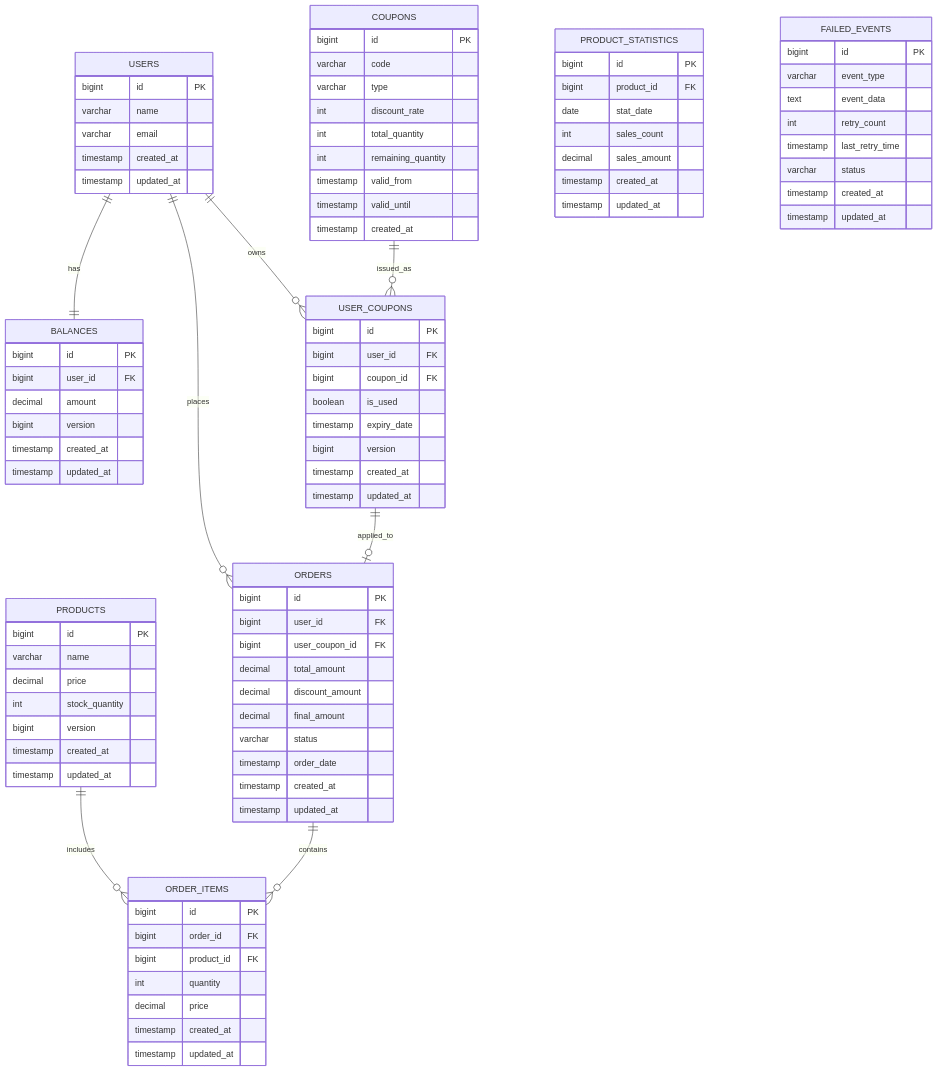
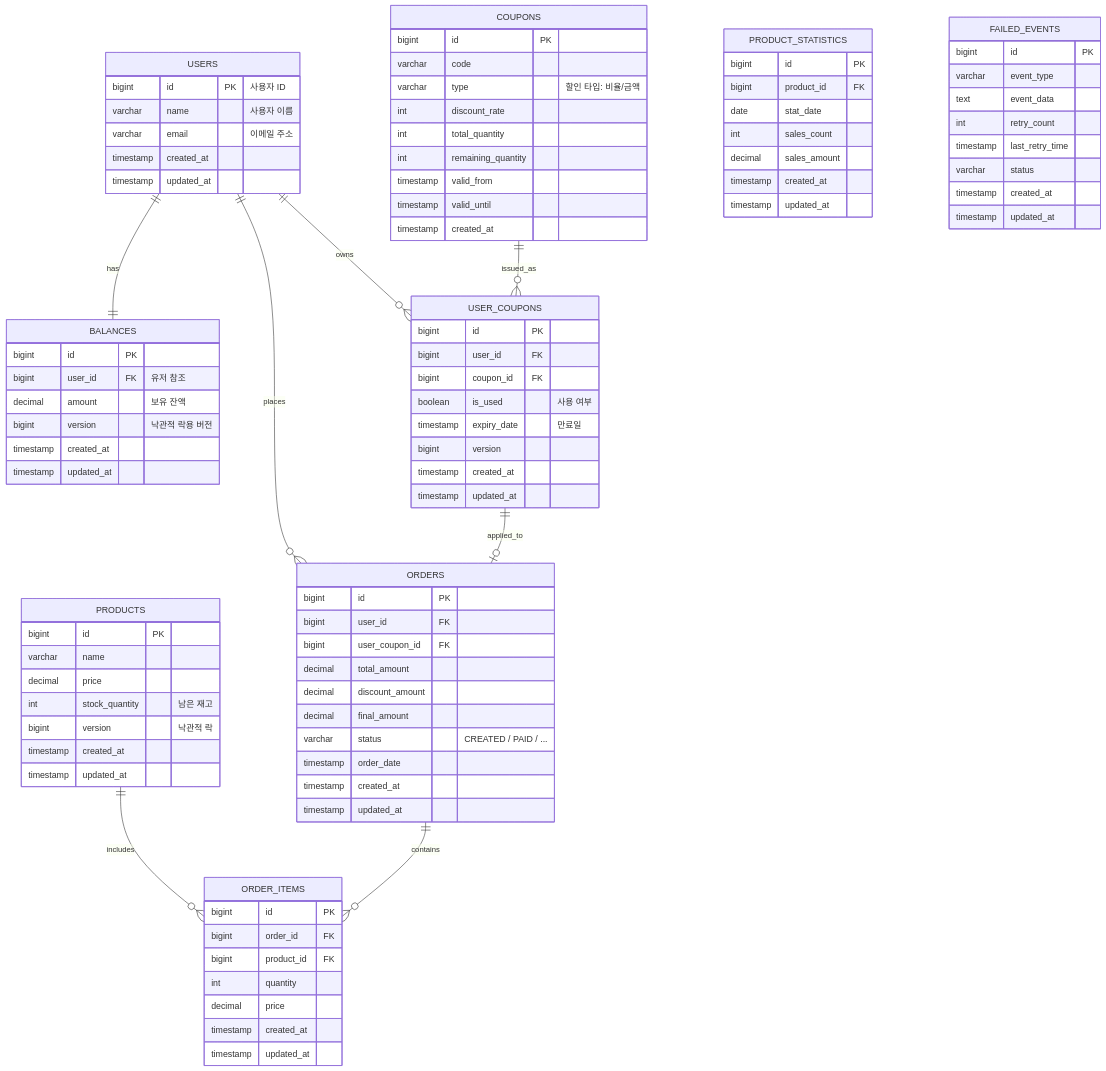
The diagram in docs/er-diagram.md (thedev-junyoung/hanghae-plus-2wd), drawn with Mermaid before and after one commit.

````diff
--- a/docs/er-diagram.md
+++ b/docs/er-diagram.md
@@ -11,18 +11,18 @@
     USER_COUPONS ||--o| ORDERS : applied_to
 
     USERS {
-        bigint id PK
-        varchar name
-        varchar email
+        bigint id PK  "사용자 ID"
+        varchar name  "사용자 이름"
+        varchar email "이메일 주소"
         timestamp created_at
         timestamp updated_at
     }
 
     BALANCES {
         bigint id PK
-        bigint user_id FK
-        decimal amount
-        bigint version
+        bigint user_id FK "유저 참조"
+        decimal amount    "보유 잔액"
+        bigint version    "낙관적 락용 버전"
         timestamp created_at
         timestamp updated_at
     }
@@ -31,8 +31,8 @@
         bigint id PK
         varchar name
         decimal price
-        int stock_quantity
-        bigint version
+        int stock_quantity "남은 재고"
+        bigint version     "낙관적 락"
         timestamp created_at
         timestamp updated_at
     }
@@ -40,7 +40,7 @@
     COUPONS {
         bigint id PK
         varchar code
-        varchar type
+        varchar type          "할인 타입: 비율/금액"
         int discount_rate
         int total_quantity
         int remaining_quantity
@@ -53,8 +53,8 @@
         bigint id PK
         bigint user_id FK
         bigint coupon_id FK
-        boolean is_used
-        timestamp expiry_date
+        boolean is_used        "사용 여부"
+        timestamp expiry_date  "만료일"
         bigint version
         timestamp created_at
         timestamp updated_at
@@ -67,7 +67,7 @@
         decimal total_amount
         decimal discount_amount
         decimal final_amount
-        varchar status
+        varchar status         "CREATED / PAID / ..."
         timestamp order_date
         timestamp created_at
         timestamp updated_at
@@ -103,4 +103,5 @@
         timestamp created_at
         timestamp updated_at
     }
+
 ```
````
